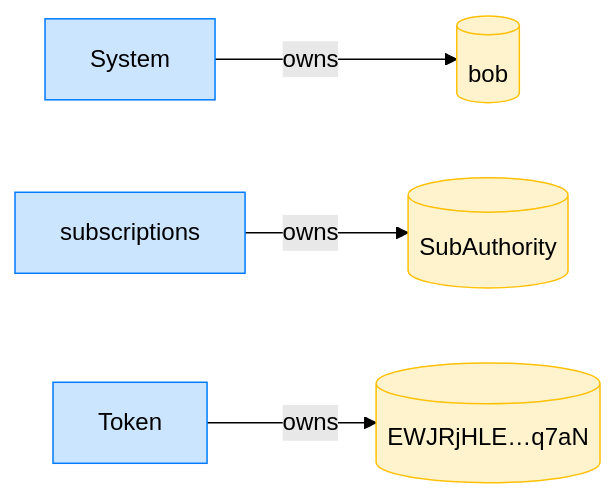
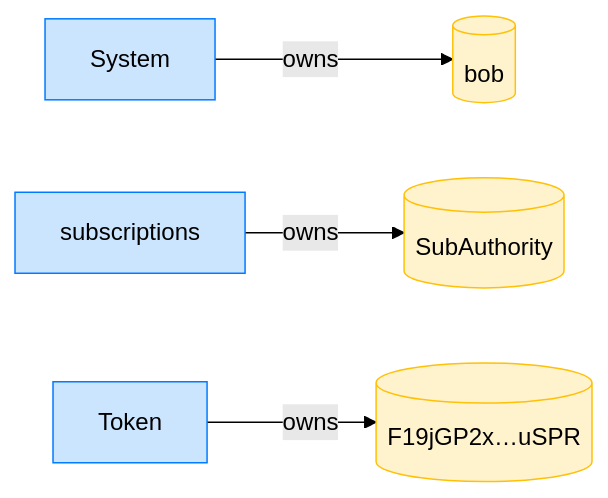
Before and after one commit to cds-rs/subscriptions: diagram 12 of 16 in dsl_tests/fixed-transfer-delegator-mismatch-exploit-is-blocked.md, drawn with Mermaid (forest theme). The commit also changed other lines of this file and 224 other files, not shown here.

````diff
--- a/dsl_tests/fixed-transfer-delegator-mismatch-exploit-is-blocked.md
+++ b/dsl_tests/fixed-transfer-delegator-mismatch-exploit-is-blocked.md
@@ -229,14 +242,14 @@
 ```mermaid
 flowchart LR
     classDef owner fill:#cce5ff,stroke:#007bff;
     classDef account fill:#fff3cd,stroke:#ffc107;
     System[System]:::owner
     bob[(bob)]:::account
     subscriptions[subscriptions]:::owner
     SubAuthority[(SubAuthority)]:::account
     Token[Token]:::owner
-    EWJRjHLE_q7aN[("EWJRjHLE…q7aN")]:::account
+    F19jGP2x_uSPR[("F19jGP2x…uSPR")]:::account
     System -->|owns| bob
     subscriptions -->|owns| SubAuthority
-    Token -->|owns| EWJRjHLE_q7aN
+    Token -->|owns| F19jGP2x_uSPR
 ```
````
